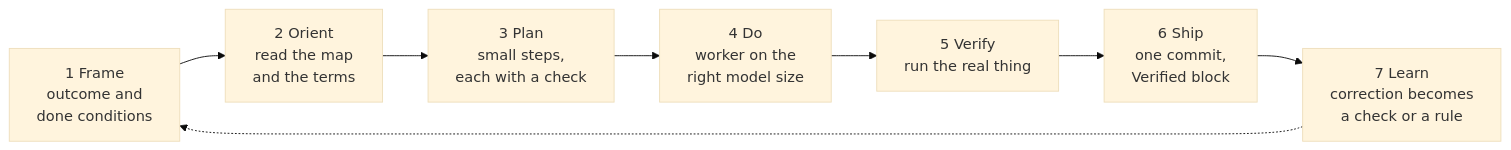
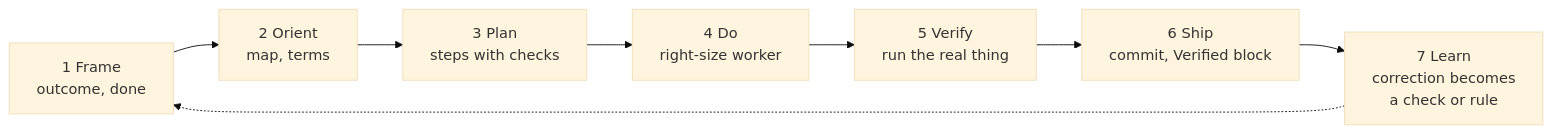
The second of 2 diagrams in docs/trust-ladder.md (batutho-dot/ai-toolkit), drawn with Mermaid (base theme) before and after one commit. The commit also changed other lines of this file and 4 other files, not shown here.

````diff
--- a/docs/trust-ladder.md
+++ b/docs/trust-ladder.md
@@ -81,10 +62,10 @@
 ```mermaid
 flowchart LR
-    F[1 Frame<br/>outcome and<br/>done conditions] --> O[2 Orient<br/>read the map<br/>and the terms]
-    O --> P[3 Plan<br/>small steps,<br/>each with a check]
-    P --> D[4 Do<br/>worker on the<br/>right model size]
+    F[1 Frame<br/>outcome, done] --> O[2 Orient<br/>map, terms]
+    O --> P[3 Plan<br/>steps with checks]
+    P --> D[4 Do<br/>right-size worker]
     D --> V[5 Verify<br/>run the real thing]
-    V --> S[6 Ship<br/>one commit,<br/>Verified block]
-    S --> L[7 Learn<br/>correction becomes<br/>a check or a rule]
+    V --> S[6 Ship<br/>commit, Verified block]
+    S --> L[7 Learn<br/>correction becomes<br/>a check or rule]
     L -.-> F
 ```
````
